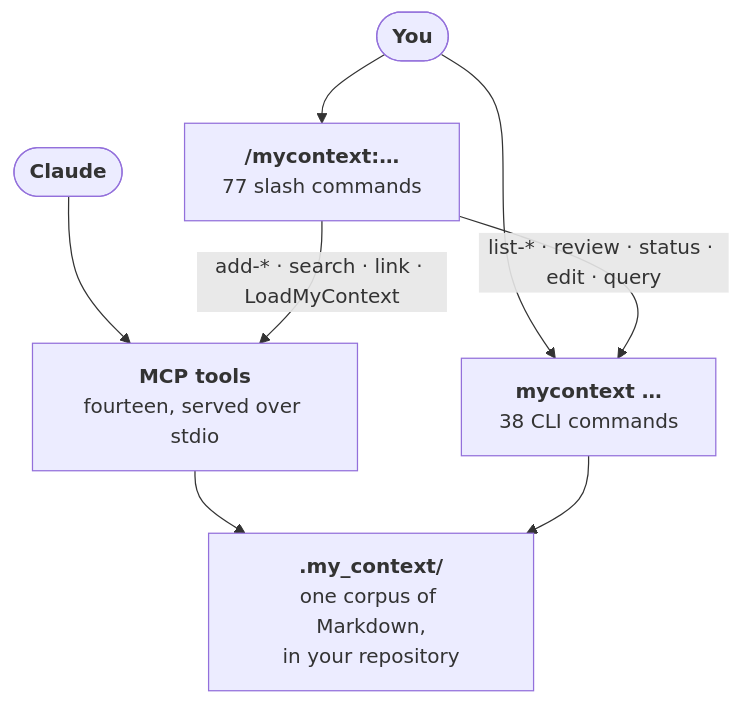
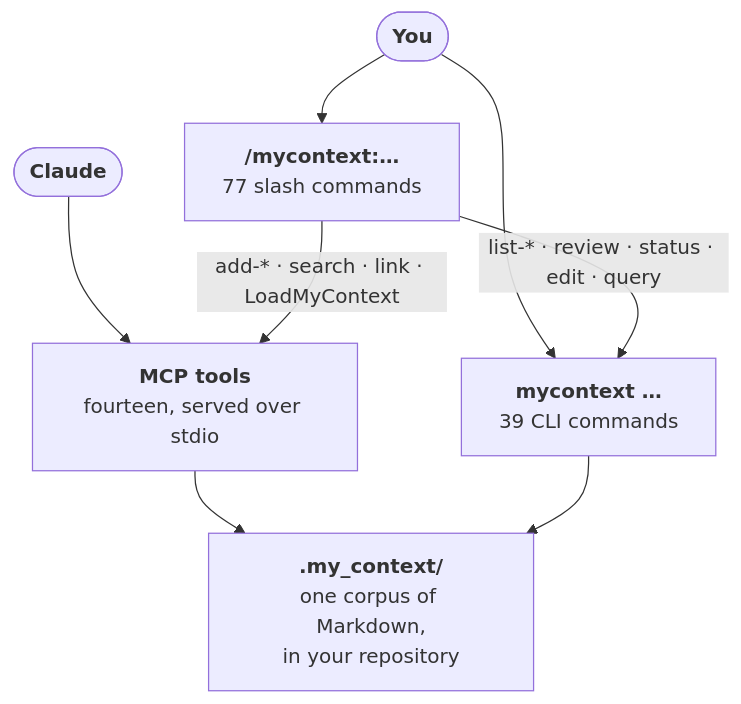
Before and after one commit to Dudi-Bar-On/my-context: the fourth of 5 diagrams in README.md, drawn with Mermaid. The commit also changed other lines of this file and 100 other files, not shown here.

````diff
--- a/README.md
+++ b/README.md
@@ -1837,10 +1837,10 @@
 ```mermaid
 flowchart TB
   U(["<b>You</b>"]) --> SL["<b>/mycontext:…</b><br/>77 slash commands"]
-  U --> CL["<b>mycontext …</b><br/>38 CLI commands"]
+  U --> CL["<b>mycontext …</b><br/>39 CLI commands"]
   A(["<b>Claude</b>"]) --> TL["<b>MCP tools</b><br/>fourteen, served over stdio"]
   SL -->|"add-* · search · link · LoadMyContext"| TL
   SL -->|"list-* · review · status · edit · query"| CL
   TL --> CO["<b>.my_context/</b><br/>one corpus of Markdown,<br/>in your repository"]
   CL --> CO
 ```
````
